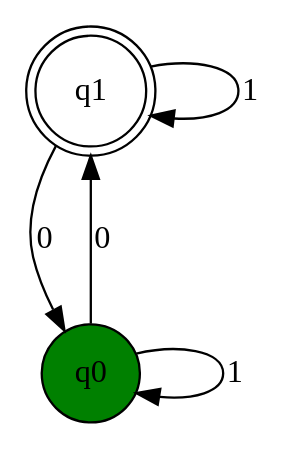
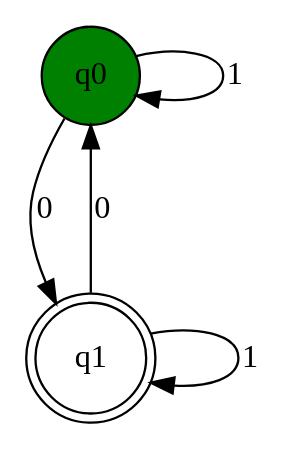
Before and after one commit to emmett511/AutomataSim: the diagram in src/graph_layout.dot, drawn with Graphviz. The commit also changed 2 other files, not shown here.

```diff
--- a/src/graph_layout.dot
+++ b/src/graph_layout.dot
@@ -1,31 +1,31 @@
 digraph {
 	graph [bb="0,0,91.012,163.02",
 		nodesep=0.5,
 		overlap=false,
 		ranksep=0.8,
 		splines=true
 	];
 	node [label="\N"];
-	q1	[height=0.67031,
-		pos="24.131,138.89",
-		shape=doublecircle,
-		width=0.67031];
-	q1 -> q1	[label=1,
-		lp="87.637,138.89",
-		pos="e,46.646,129.07 46.646,148.72 65.099,152.78 84.262,149.5 84.262,138.89 84.262,130.44 72.093,126.64 57.812,127.5"];
 	q0	[fillcolor=green,
 		height=0.5592,
-		pos="24.131,20.131",
+		pos="24.131,142.89",
 		shape=circle,
 		style=filled,
 		width=0.5592];
+	q0 -> q0	[label=1,
+		lp="83.637,142.89",
+		pos="e,42.819,134.27 42.819,151.52 60.72,156.14 80.262,153.26 80.262,142.89 80.262,134.71 68.095,131.2 54.167,132.35"];
+	q1	[height=0.67031,
+		pos="24.131,24.131",
+		shape=doublecircle,
+		width=0.67031];
+	q0 -> q1	[label=0,
+		lp="6.7561,85.512",
+		pos="e,12.33,45.604 14.653,124.63 10.285,115.7 5.5881,104.46 3.3811,93.762 0.80722,81.29 3.6044,67.826 7.8907,56.155"];
 	q1 -> q0	[label=0,
-		lp="11.756,77.512",
-		pos="e,16.759,39.08 14.837,116.4 10.107,102.95 5.8401,85.198 8.3811,69.262 9.4022,62.859 11.142,56.15 13.102,49.844"];
-	q0 -> q1	[label=0,
-		lp="27.506,77.512",
-		pos="e,24.131,114.26 24.131,40.473 24.131,57.401 24.131,82.412 24.131,102.85"];
-	q0 -> q0	[label=1,
-		lp="83.637,20.131",
-		pos="e,42.819,11.506 42.819,28.757 60.72,33.373 80.262,30.498 80.262,20.131 80.262,11.951 68.095,8.4356 54.167,9.5844"];
+		lp="27.506,85.512",
+		pos="e,24.131,122.35 24.131,48.358 24.131,66.295 24.131,91.287 24.131,110.93"];
+	q1 -> q1	[label=1,
+		lp="87.637,24.131",
+		pos="e,46.646,14.309 46.646,33.953 65.099,38.015 84.262,34.741 84.262,24.131 84.262,15.676 72.093,11.88 57.812,12.742"];
 }
```
